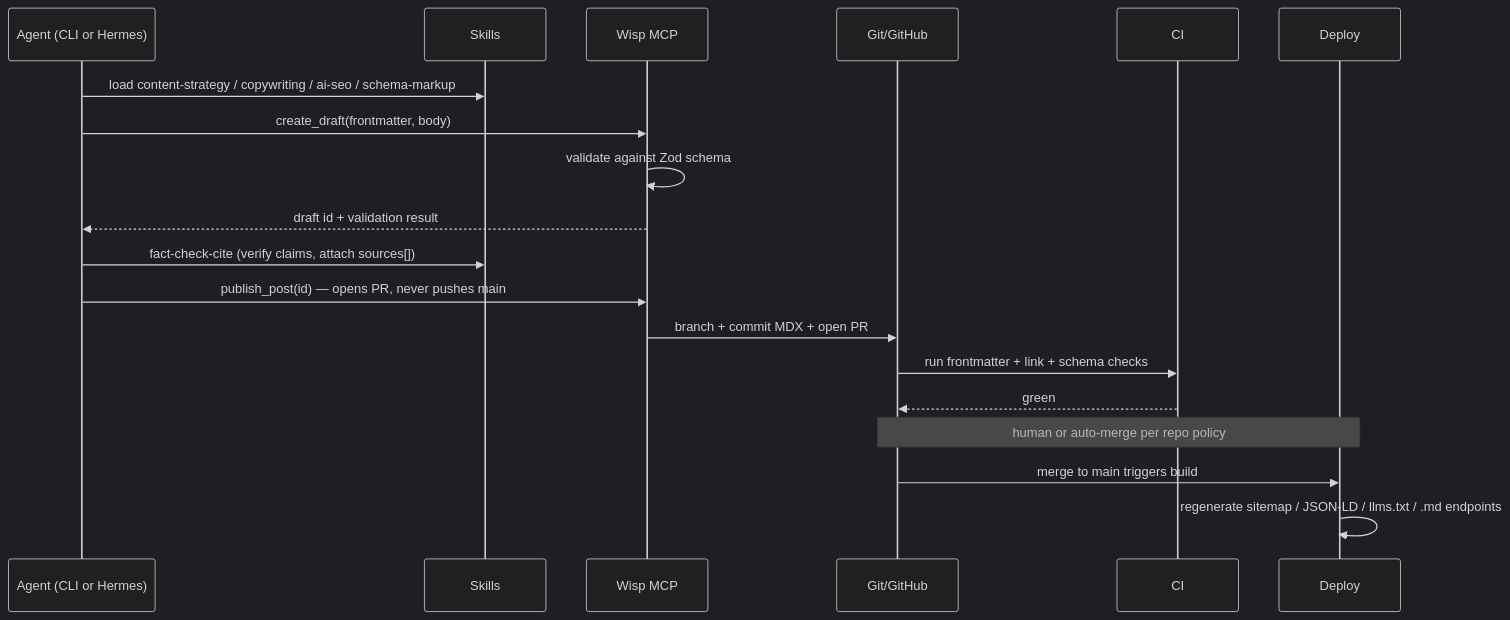
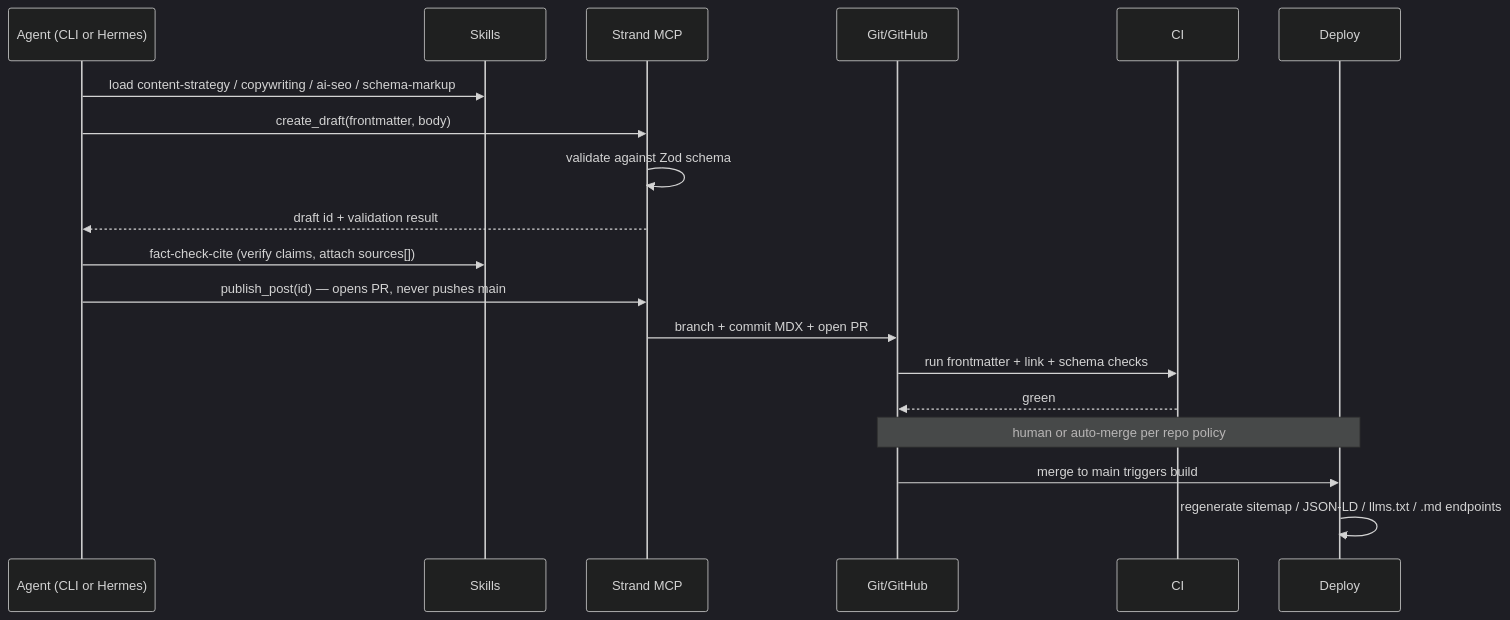
One commit to BowTiedSwan/strand changed the second of 2 diagrams in DESIGN.md. Above: the diagram before and after it, drawn with Mermaid (dark theme). The commit also changed other lines of this file and 61 other files, not shown here.

First line of the commit message:
Rename Wisp to Strand CMS across the project

````diff
--- a/DESIGN.md
+++ b/DESIGN.md
@@ -75,22 +75,22 @@
 ```mermaid
 sequenceDiagram
     participant A as Agent (CLI or Hermes)
     participant S as Skills
-    participant M as Wisp MCP
+    participant M as Strand MCP
     participant G as Git/GitHub
     participant CI as CI
     participant D as Deploy
 
     A->>S: load content-strategy / copywriting / ai-seo / schema-markup
     A->>M: create_draft(frontmatter, body)
     M->>M: validate against Zod schema
     M-->>A: draft id + validation result
     A->>S: fact-check-cite (verify claims, attach sources[])
     A->>M: publish_post(id) — opens PR, never pushes main
     M->>G: branch + commit MDX + open PR
     G->>CI: run frontmatter + link + schema checks
     CI-->>G: green
     Note over G,D: human or auto-merge per repo policy
     G->>D: merge to main triggers build
     D->>D: regenerate sitemap / JSON-LD / llms.txt / .md endpoints
 ```
````
